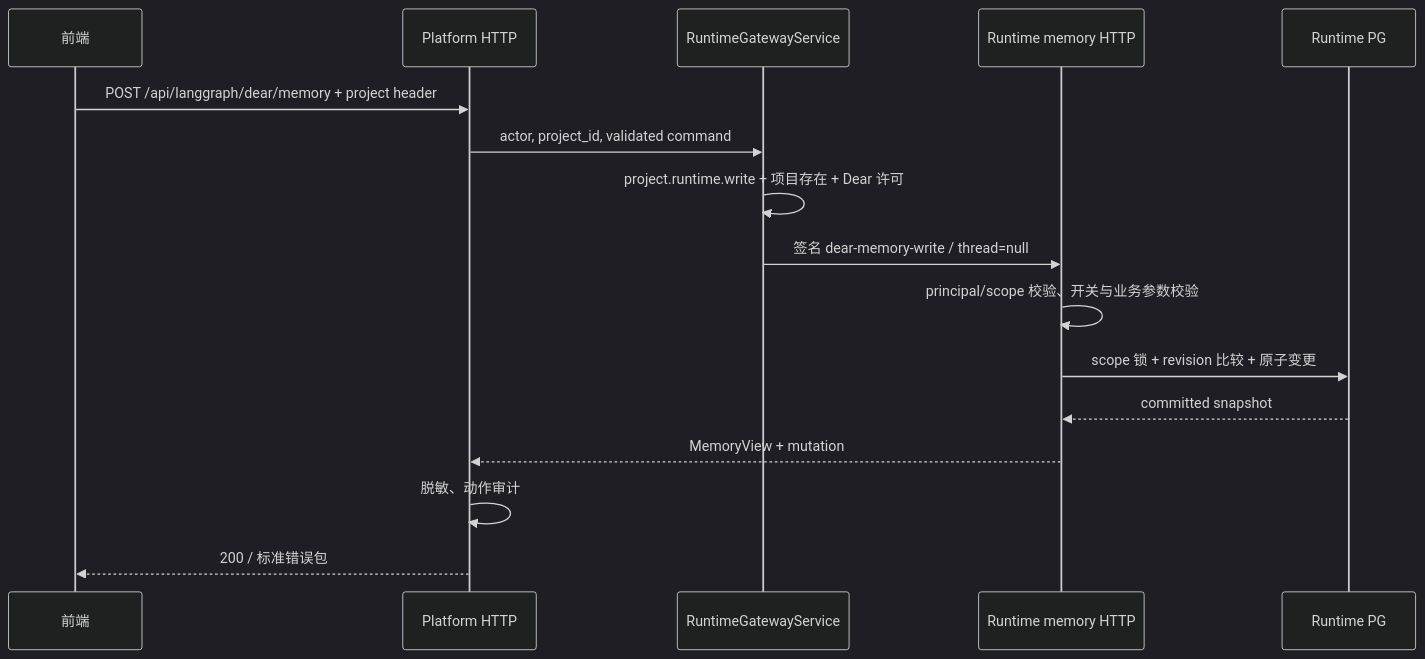
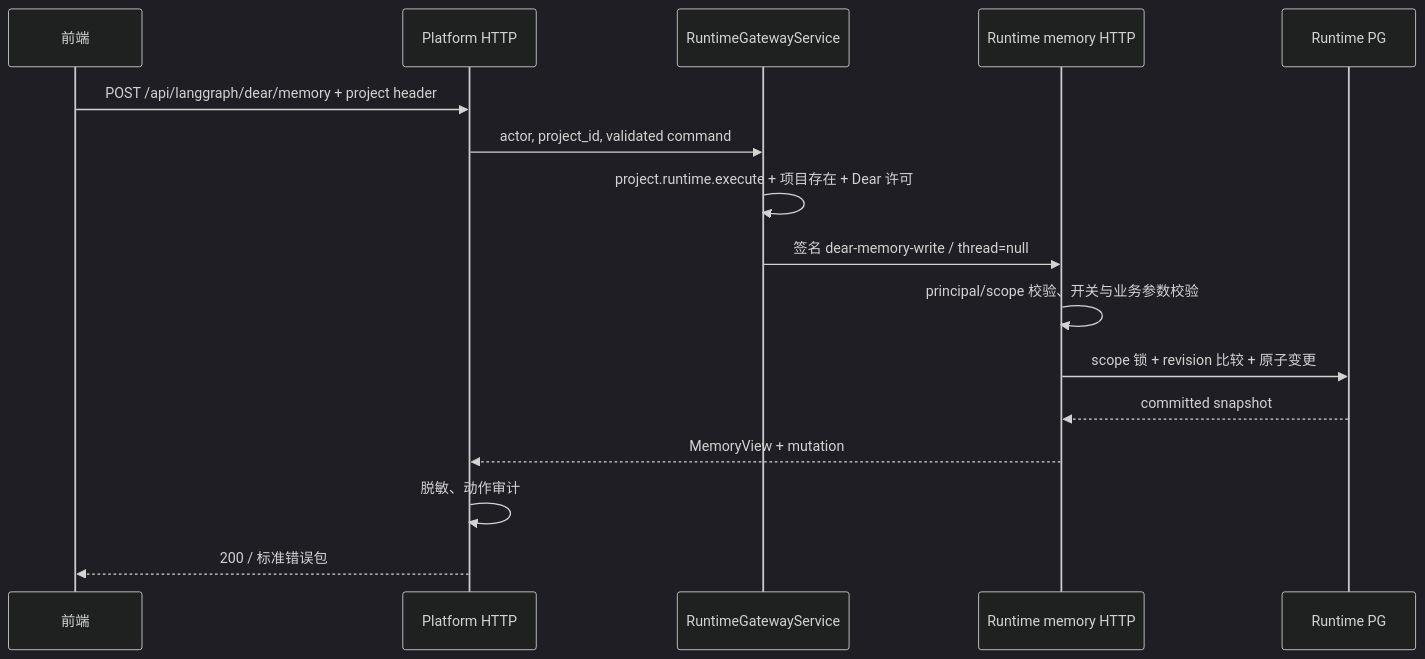
Before and after one commit to ljxpython/ai-agent-platform: the diagram in docs/projects/20260920-dear-agent-memory/03-platform-api-contract.md, drawn with Mermaid (dark theme). The commit also changed other lines of this file and 58 other files, not shown here.

````diff
--- a/docs/projects/20260920-dear-agent-memory/03-platform-api-contract.md
+++ b/docs/projects/20260920-dear-agent-memory/03-platform-api-contract.md
@@ -37,18 +38,18 @@
 ```mermaid
 sequenceDiagram
   participant F as 前端
   participant H as Platform HTTP
   participant S as RuntimeGatewayService
   participant R as Runtime memory HTTP
   participant P as Runtime PG
   F->>H: POST /api/langgraph/dear/memory + project header
   H->>S: actor, project_id, validated command
-  S->>S: project.runtime.write + 项目存在 + Dear 许可
+  S->>S: project.runtime.execute + 项目存在 + Dear 许可
   S->>R: 签名 dear-memory-write / thread=null
   R->>R: principal/scope 校验、开关与业务参数校验
   R->>P: scope 锁 + revision 比较 + 原子变更
   P-->>R: committed snapshot
   R-->>H: MemoryView + mutation
   H->>H: 脱敏、动作审计
   H-->>F: 200 / 标准错误包
 ```
````
